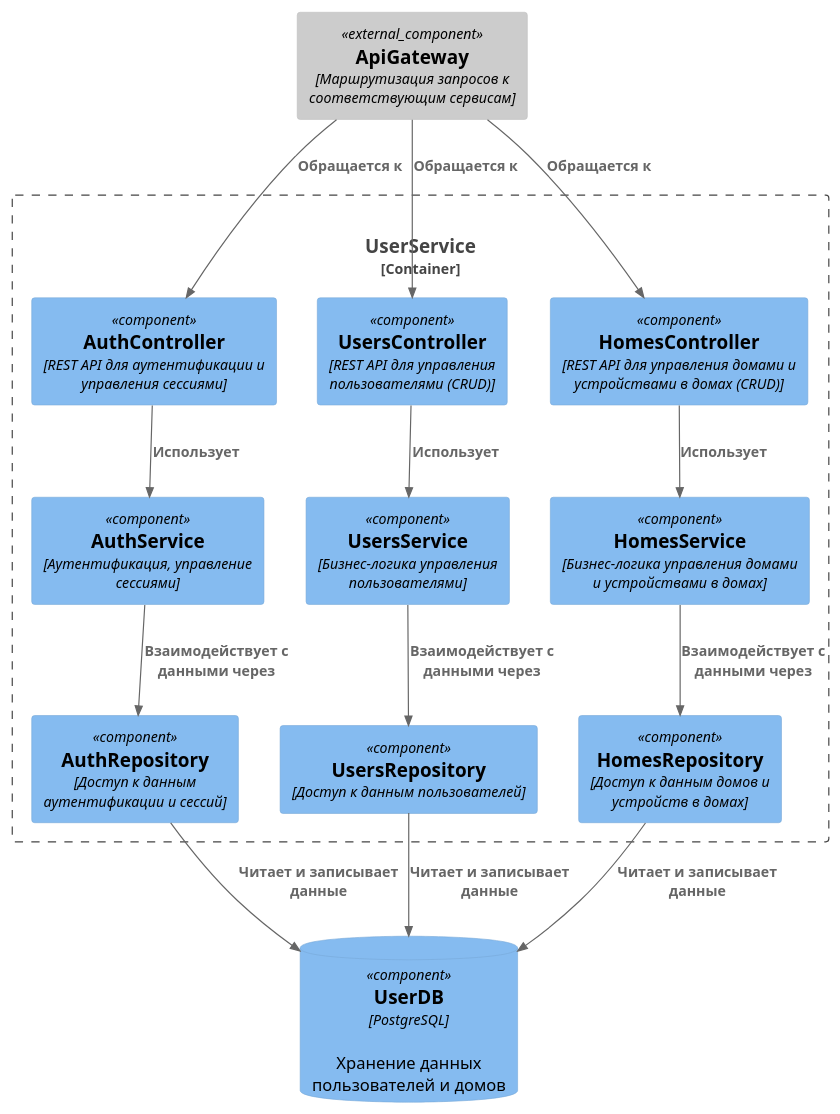
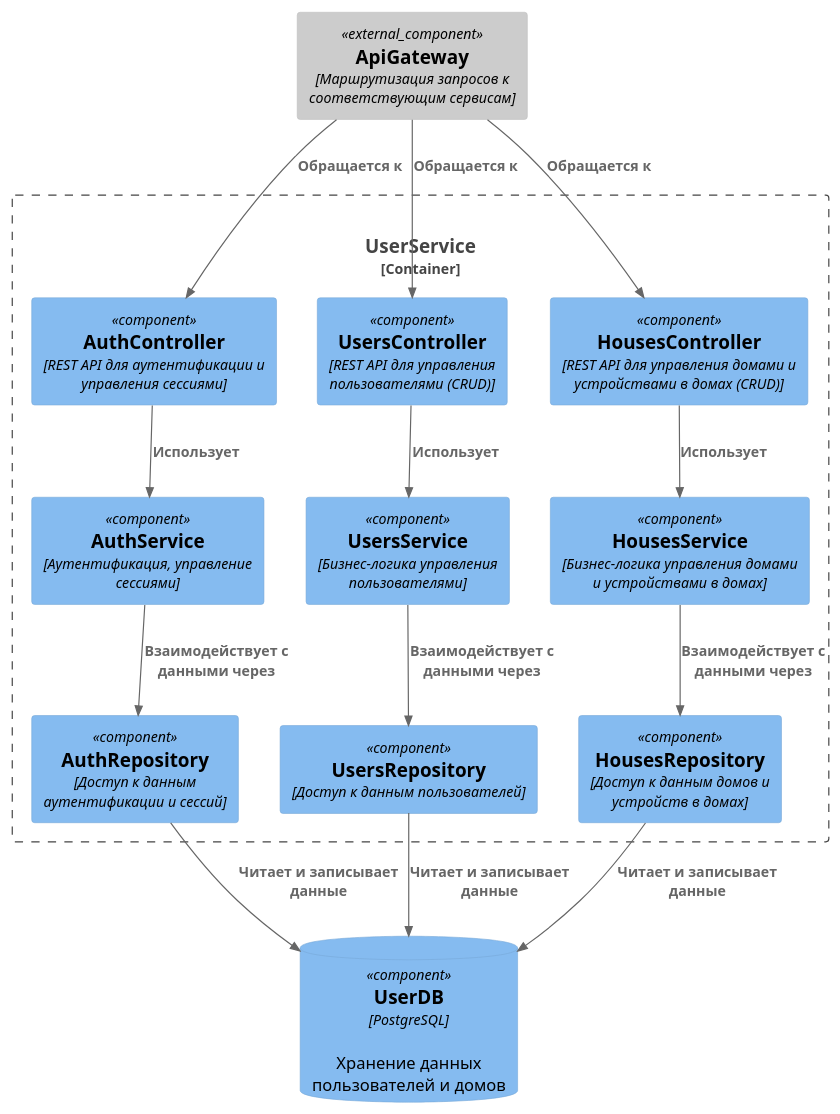
The diagram in schemas/to-be/UserService.puml (vsevolod-nikitin/yandex-practicum-architecture-pro-warmhouse), drawn with PlantUML before and after one commit. The commit also changed 1 other file, not shown here.

Commit message:
Изменение диаграммы UserService

```diff
--- a/schemas/to-be/UserService.puml
+++ b/schemas/to-be/UserService.puml
@@ -1,36 +1,36 @@
 @startuml UserService
 !include https://raw.githubusercontent.com/plantuml-stdlib/C4-PlantUML/master/C4_Component.puml
 
 Component_Ext(gateway, "ApiGateway", "Маршрутизация запросов к соответствующим сервисам")
 ComponentDb(userDb, "UserDB", "PostgreSQL", "Хранение данных пользователей и домов")
 
 Container_Boundary(userService, "UserService", "Управление пользователями и домами") {
     Component(authController, "AuthController", "REST API для аутентификации и управления сессиями")
     Component(usersController, "UsersController", "REST API для управления пользователями (CRUD)")
-    Component(homesController, "HomesController", "REST API для управления домами и устройствами в домах (CRUD)")
+    Component(housesController, "HousesController", "REST API для управления домами и устройствами в домах (CRUD)")
 
     Component(authService, "AuthService", "Аутентификация, управление сессиями")
     Component(usersService, "UsersService", "Бизнес-логика управления пользователями")
-    Component(homesService, "HomesService", "Бизнес-логика управления домами и устройствами в домах")
+    Component(housesService, "HousesService", "Бизнес-логика управления домами и устройствами в домах")
         
     Component(authRepository, "AuthRepository", "Доступ к данным аутентификации и сессий")
     Component(usersRepository, "UsersRepository", "Доступ к данным пользователей")
-    Component(homesRepository, "HomesRepository", "Доступ к данным домов и устройств в домах")
+    Component(housesRepository, "HousesRepository", "Доступ к данным домов и устройств в домах")
     Rel(authController, authService, "Использует")
     Rel(usersController, usersService, "Использует")
-    Rel(homesController, homesService, "Использует")
+    Rel(housesController, housesService, "Использует")
 
     Rel(authService, authRepository, "Взаимодействует с данными через")
     Rel(usersService, usersRepository, "Взаимодействует с данными через")
-    Rel(homesService, homesRepository, "Взаимодействует с данными через")
+    Rel(housesService, housesRepository, "Взаимодействует с данными через")
 
     Rel(authRepository, userDb, "Читает и записывает данные")
     Rel(usersRepository, userDb, "Читает и записывает данные")
-    Rel(homesRepository, userDb, "Читает и записывает данные")
+    Rel(housesRepository, userDb, "Читает и записывает данные")
 }
 
 Rel(gateway, authController, "Обращается к")
 Rel(gateway, usersController, "Обращается к")
-Rel(gateway, homesController, "Обращается к")
+Rel(gateway, housesController, "Обращается к")
 
 @enduml
```
